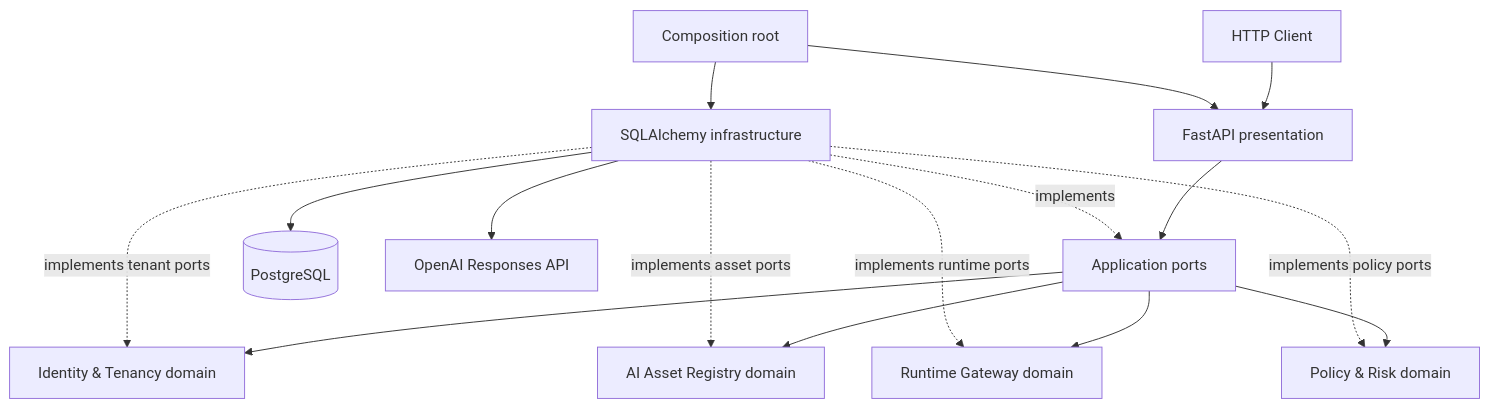
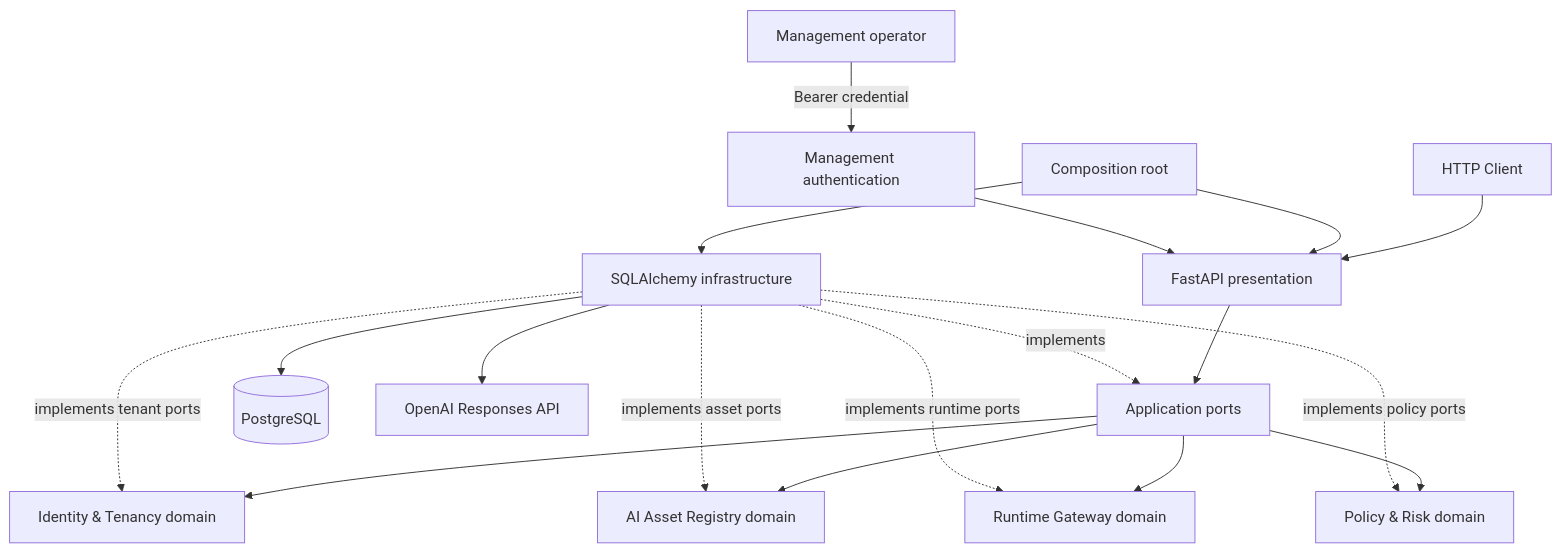
One commit to mohammadRrza/valor-control-plane changed the second of 5 diagrams in docs/architecture/README.md. Above: the diagram before and after it, drawn with Mermaid. The commit also changed other lines of this file and 27 other files, not shown here.

````diff
--- a/docs/architecture/README.md
+++ b/docs/architecture/README.md
@@ -19,18 +19,20 @@
 ```mermaid
 flowchart TB
   C[HTTP Client] --> API[FastAPI presentation]
   API --> APP[Application ports]
   BOOT[Composition root] --> API
   BOOT --> INFRA[SQLAlchemy infrastructure]
   INFRA -. implements .-> APP
   INFRA --> PG[(PostgreSQL)]
   APP --> TENANT[Identity & Tenancy domain]
   INFRA -. implements tenant ports .-> TENANT
   APP --> ASSET[AI Asset Registry domain]
   INFRA -. implements asset ports .-> ASSET
   APP --> RUNTIME[Runtime Gateway domain]
   INFRA -. implements runtime ports .-> RUNTIME
   INFRA --> OPENAI[OpenAI Responses API]
   APP --> POLICY[Policy & Risk domain]
   INFRA -. implements policy ports .-> POLICY
+  OP[Management operator] -->|Bearer credential| SEC[Management authentication]
+  SEC --> API
 ```
````
